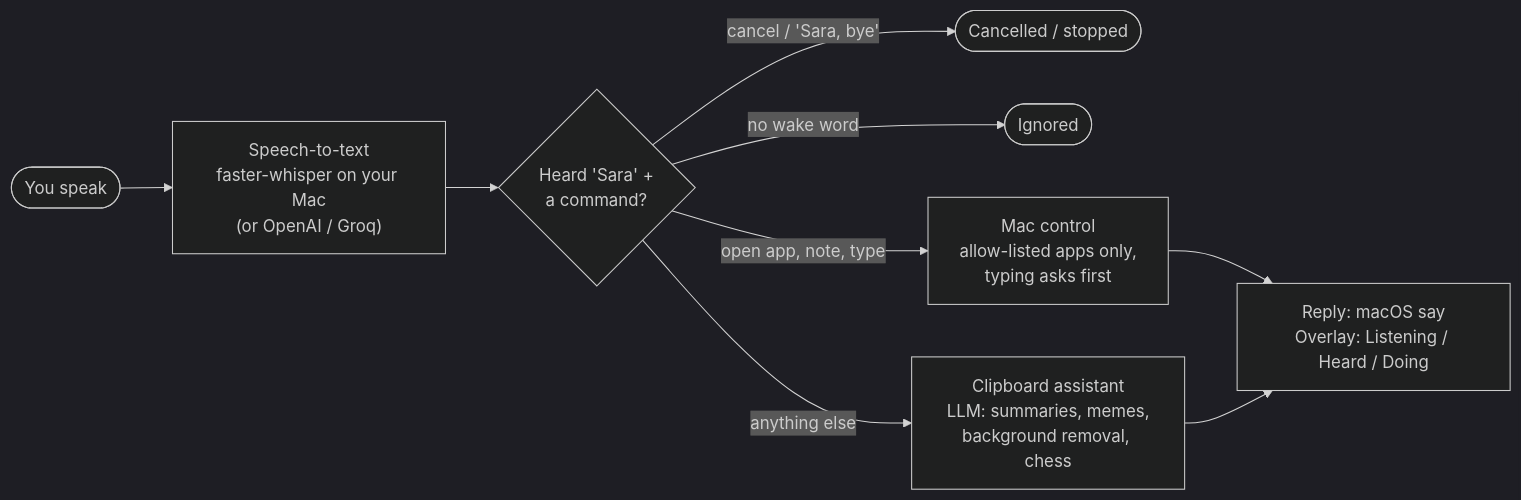
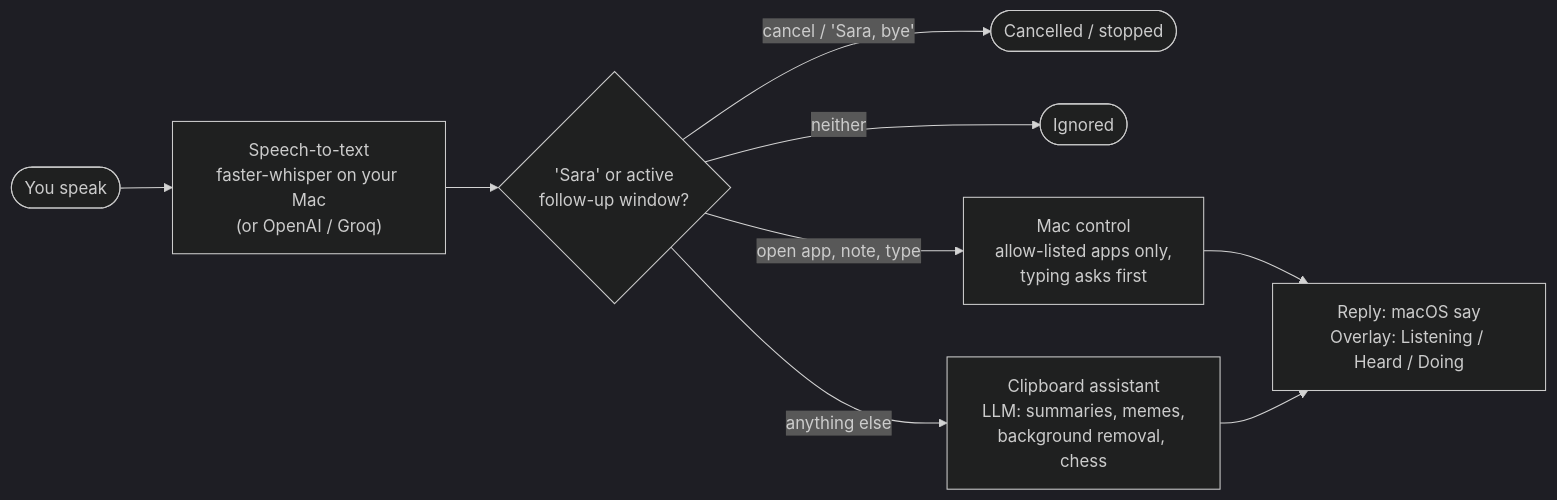
Before and after one commit to InesZenkri/Sara: the diagram in README.md, drawn with Mermaid (dark theme). The commit also changed other lines of this file, not shown here.

Commit message:
Accuracy: free-stack wording, follow-up window in diagram
Updated the README to clarify the functionality and usage of Sara, emphasizing its free operation and local processing features.

````diff
--- a/README.md
+++ b/README.md
@@ -9,11 +9,11 @@
 ```mermaid
 flowchart LR
     A(["You speak"]) --> B["Speech-to-text<br>faster-whisper on your Mac<br>(or OpenAI / Groq)"]
-    B --> C{"Heard 'Sara' +<br>a command?"}
+    B --> C{"'Sara' or active<br>follow-up window?"}
     C -->|"cancel / 'Sara, bye'"| X(["Cancelled / stopped"])
-    C -->|"no wake word"| Y(["Ignored"])
+    C -->|neither| Y(["Ignored"])
     C -->|"open app, note, type"| D["Mac control<br>allow-listed apps only,<br>typing asks first"]
     C -->|"anything else"| E["Clipboard assistant<br>LLM: summaries, memes,<br>background removal, chess"]
     D --> F["Reply: macOS say<br>Overlay: Listening / Heard / Doing"]
     E --> F
 ```
````
